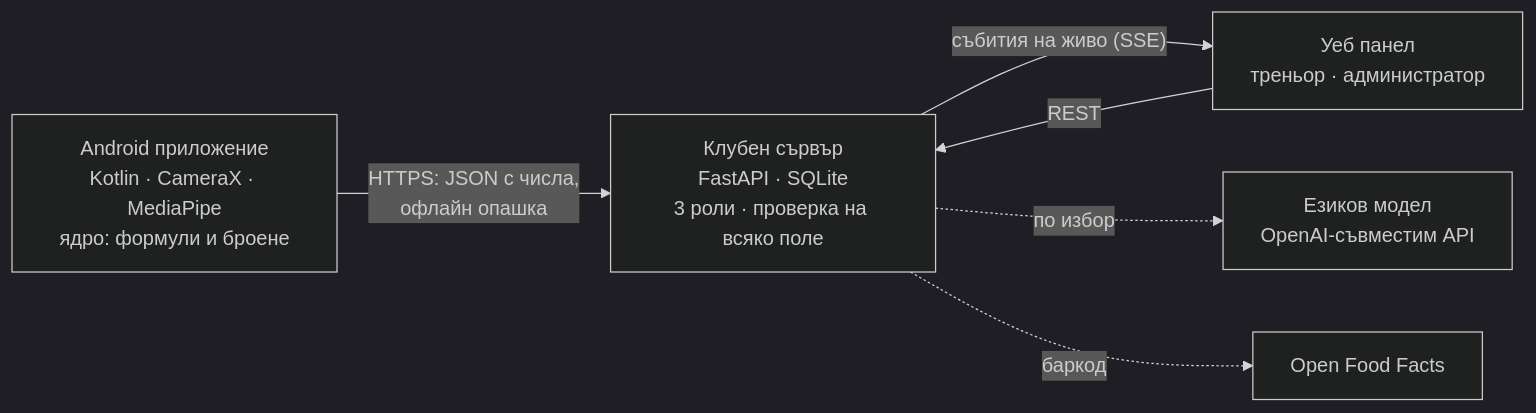
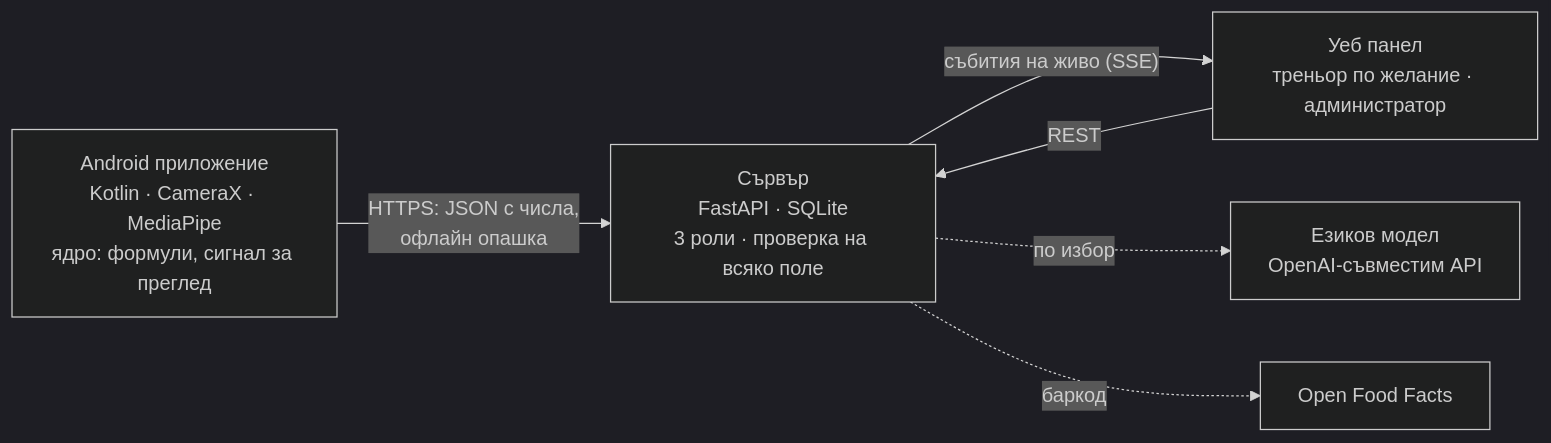
One commit to storm546/talos changed the diagram in README.md. Above: the diagram before and after it, drawn with Mermaid (dark theme). The commit also changed other lines of this file and 10 other files, not shown here.

````diff
--- a/README.md
+++ b/README.md
@@ -67,8 +68,8 @@
 ```mermaid
 flowchart LR
-  P["Android приложение<br/>Kotlin · CameraX · MediaPipe<br/>ядро: формули и броене"] -->|"HTTPS: JSON с числа,<br/>офлайн опашка"| S["Клубен сървър<br/>FastAPI · SQLite<br/>3 роли · проверка на всяко поле"]
-  S -->|"събития на живо (SSE)"| W["Уеб панел<br/>треньор · администратор"]
+  P["Android приложение<br/>Kotlin · CameraX · MediaPipe<br/>ядро: формули, сигнал за преглед"] -->|"HTTPS: JSON с числа,<br/>офлайн опашка"| S["Сървър<br/>FastAPI · SQLite<br/>3 роли · проверка на всяко поле"]
+  S -->|"събития на живо (SSE)"| W["Уеб панел<br/>треньор по желание · администратор"]
   W -->|REST| S
   S -.->|"по избор"| L["Езиков модел<br/>OpenAI-съвместим API"]
   S -.->|"баркод"| O["Open Food Facts"]
 ```
````
